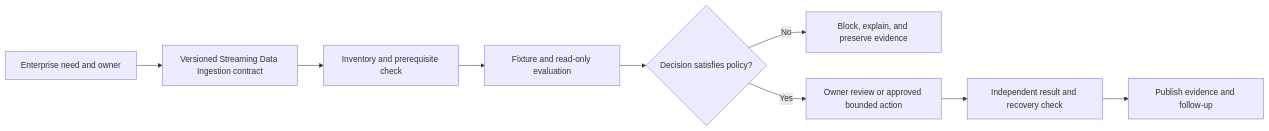
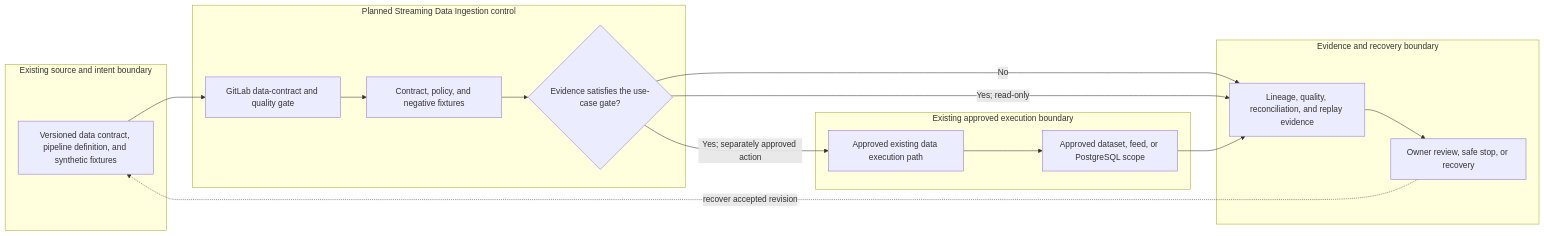
One commit to MIDHTECH/enterprise-architecture-docs changed the diagram in docs/use-cases/data/UC-DATA-003-streaming-data-ingestion.md. Above: the diagram before and after it, drawn with Mermaid. The commit also changed other lines of this file and 227 other files, not shown here.

Commit message:
Deepen architecture for all use case designs

````diff
--- a/docs/use-cases/data/UC-DATA-003-streaming-data-ingestion.md
+++ b/docs/use-cases/data/UC-DATA-003-streaming-data-ingestion.md
@@ -136,11 +129,25 @@
 ```mermaid
 flowchart LR
-    Need["Enterprise need and owner"] --> Contract["Versioned Streaming Data Ingestion contract"]
-    Contract --> Preflight["Inventory and prerequisite check"]
-    Preflight --> Evaluate["Fixture and read-only evaluation"]
-    Evaluate --> Decision{"Decision satisfies policy?"}
-    Decision -->|No| Stop["Block, explain, and preserve evidence"]
-    Decision -->|Yes| Review["Owner review or approved bounded action"]
-    Review --> Verify["Independent result and recovery check"]
-    Verify --> Publish["Publish evidence and follow-up"]
+    subgraph Source["Existing source and intent boundary"]
+        A["Versioned data contract, pipeline definition, and synthetic fixtures"]
+    end
+    subgraph Planned["Planned Streaming Data Ingestion control"]
+        B["GitLab data-contract and quality gate"]
+        C["Contract, policy, and negative fixtures"]
+        D{"Evidence satisfies the use-case gate?"}
+    end
+    subgraph Runtime["Existing approved execution boundary"]
+        E["Approved existing data execution path"]
+        F["Approved dataset, feed, or PostgreSQL scope"]
+    end
+    subgraph Assurance["Evidence and recovery boundary"]
+        G["Lineage, quality, reconciliation, and replay evidence"]
+        H["Owner review, safe stop, or recovery"]
+    end
+
+    A --> B --> C --> D
+    D -->|No| G --> H
+    D -->|Yes; read-only| G
+    D -->|Yes; separately approved action| E --> F --> G
+    H -. recover accepted revision .-> A
 ```
````
